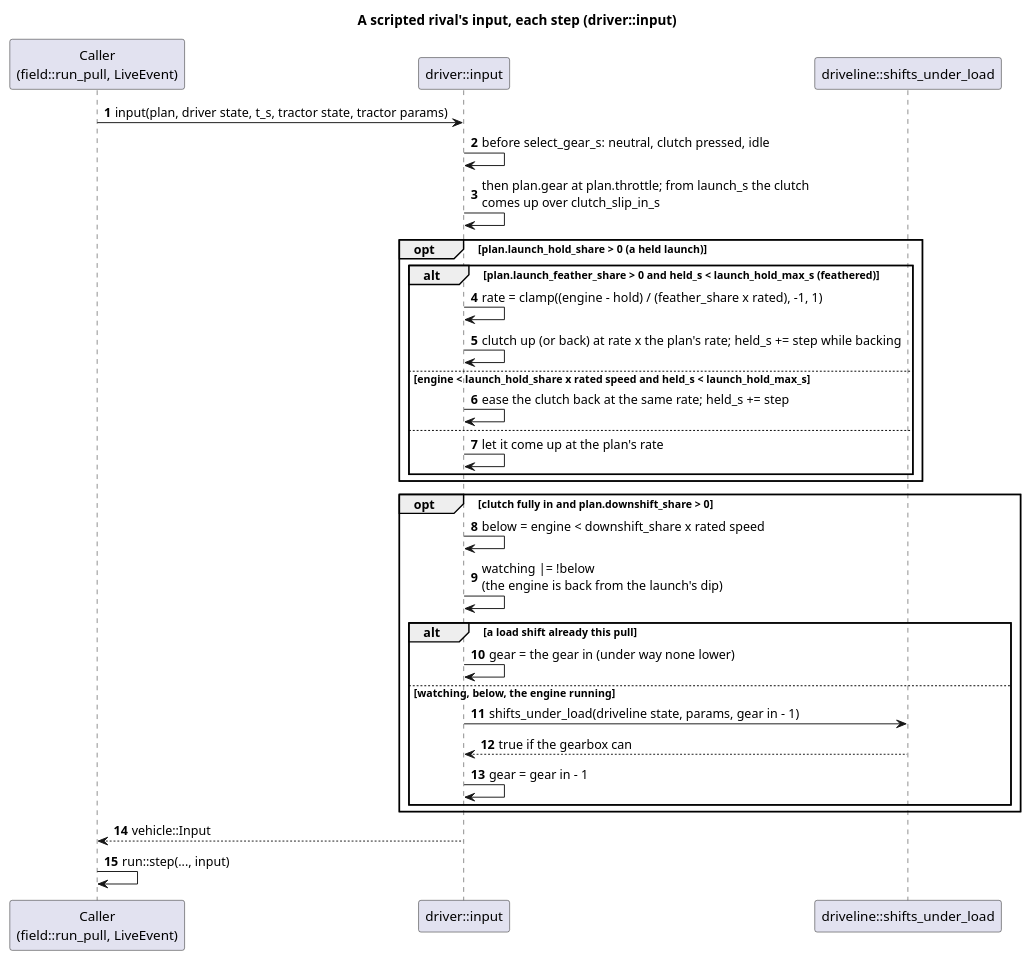
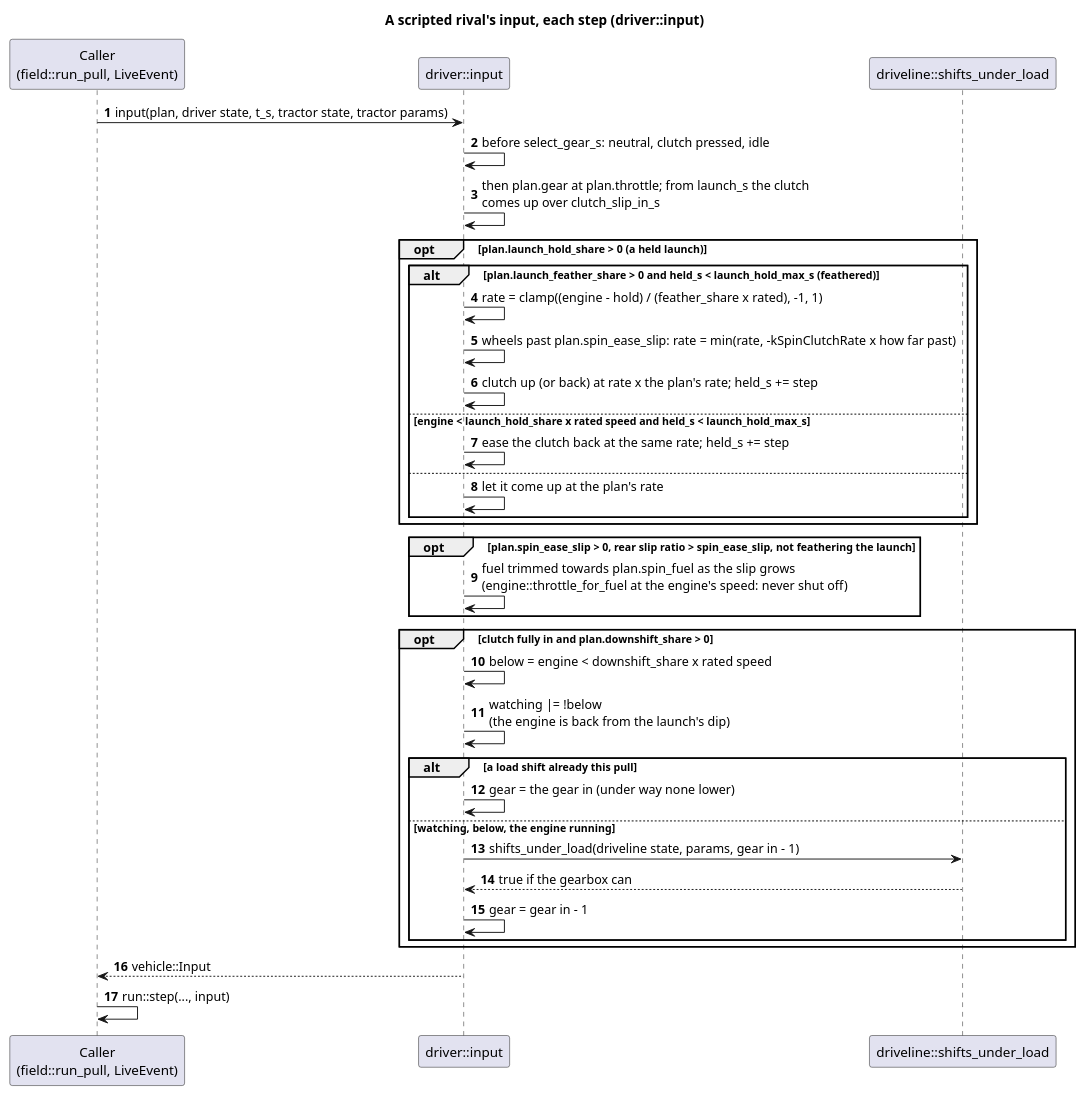
One commit to wversteeg/TractorPulling changed the diagram in docs/diagrams/driver_input_sequence.puml. Above: the diagram before and after it, drawn with PlantUML. The commit also changed 71 other files, not shown here.

First line of the commit message:
Supersport pullers spin fast: grip, soil reaction, 12 t sled, launch clutch catch, sleds per level (#147)

```diff
--- a/docs/diagrams/driver_input_sequence.puml
+++ b/docs/diagrams/driver_input_sequence.puml
@@ -1,34 +1,38 @@
 @startuml driver_input_sequence
 title A scripted rival's input, each step (driver::input)
 autonumber
 participant "Caller\n(field::run_pull, LiveEvent)" as Caller
 participant "driver::input" as Driver
 participant "driveline::shifts_under_load" as Load
 
 Caller -> Driver : input(plan, driver state, t_s, tractor state, tractor params)
 Driver -> Driver : before select_gear_s: neutral, clutch pressed, idle
 Driver -> Driver : then plan.gear at plan.throttle; from launch_s the clutch\ncomes up over clutch_slip_in_s
 opt plan.launch_hold_share > 0 (a held launch)
   alt plan.launch_feather_share > 0 and held_s < launch_hold_max_s (feathered)
     Driver -> Driver : rate = clamp((engine - hold) / (feather_share x rated), -1, 1)
-    Driver -> Driver : clutch up (or back) at rate x the plan's rate; held_s += step while backing
+    Driver -> Driver : wheels past plan.spin_ease_slip: rate = min(rate, -kSpinClutchRate x how far past)
+    Driver -> Driver : clutch up (or back) at rate x the plan's rate; held_s += step
   else engine < launch_hold_share x rated speed and held_s < launch_hold_max_s
     Driver -> Driver : ease the clutch back at the same rate; held_s += step
   else
     Driver -> Driver : let it come up at the plan's rate
   end
+end
+opt plan.spin_ease_slip > 0, rear slip ratio > spin_ease_slip, not feathering the launch
+  Driver -> Driver : fuel trimmed towards plan.spin_fuel as the slip grows\n(engine::throttle_for_fuel at the engine's speed: never shut off)
 end
 opt clutch fully in and plan.downshift_share > 0
   Driver -> Driver : below = engine < downshift_share x rated speed
   Driver -> Driver : watching |= !below\n(the engine is back from the launch's dip)
   alt a load shift already this pull
     Driver -> Driver : gear = the gear in (under way none lower)
   else watching, below, the engine running
     Driver -> Load : shifts_under_load(driveline state, params, gear in - 1)
     Load --> Driver : true if the gearbox can
     Driver -> Driver : gear = gear in - 1
   end
 end
 Driver --> Caller : vehicle::Input
 Caller -> Caller : run::step(..., input)
 @enduml
```
